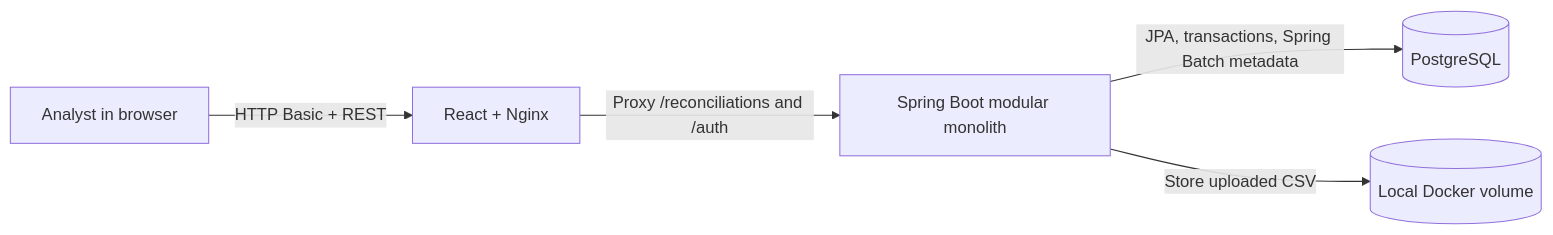
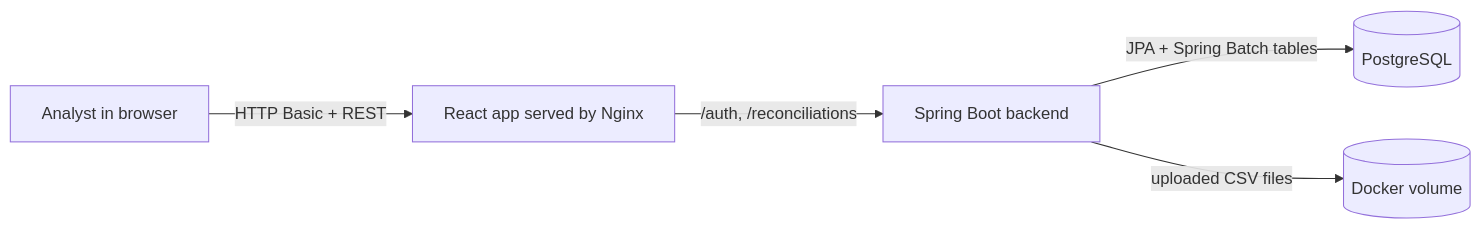
The first of 4 diagrams in docs/ARCHITECTURE.md (YashwardhanV/Balance-Trail), drawn with Mermaid before and after one commit. The commit also changed other lines of this file and 13 other files, not shown here.

````diff
--- a/docs/ARCHITECTURE.md
+++ b/docs/ARCHITECTURE.md
@@ -9,7 +5,7 @@
 ```mermaid
 flowchart LR
-    Analyst["Analyst in browser"] -->|"HTTP Basic + REST"| UI["React + Nginx"]
-    UI -->|"Proxy /reconciliations and /auth"| API["Spring Boot modular monolith"]
-    API -->|"JPA, transactions, Spring Batch metadata"| DB[("PostgreSQL")]
-    API -->|"Store uploaded CSV"| Files[("Local Docker volume")]
+    Analyst["Analyst in browser"] -->|"HTTP Basic + REST"| UI["React app served by Nginx"]
+    UI -->|"/auth, /reconciliations"| API["Spring Boot backend"]
+    API -->|"JPA + Spring Batch tables"| DB[("PostgreSQL")]
+    API -->|"uploaded CSV files"| Files[("Docker volume")]
 ```
````
